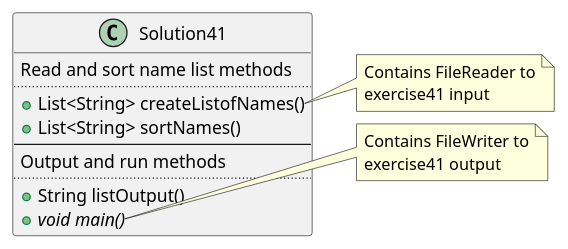
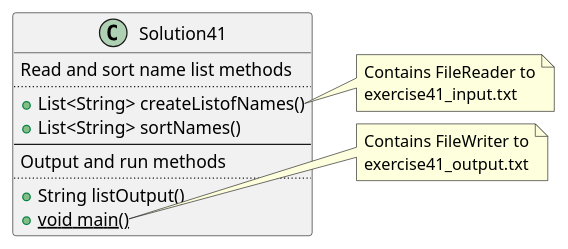
The diagram in exercise41/docs/classes.puml (lastingParadox/preston-a04), drawn with PlantUML before and after one commit. The commit also changed 3 other files, not shown here.

```diff
--- a/exercise41/docs/classes.puml
+++ b/exercise41/docs/classes.puml
@@ -1,22 +1,22 @@
 @startuml
 class Solution41 {
     Read and sort name list methods
     ..
     +List<String> createListofNames()
     +List<String> sortNames()
     --
     Output and run methods
     ..
     +String listOutput()
-    +{abstract} void main()
+    +{static} void main()
 }
 note right of Solution41::createListofNames()
     Contains FileReader to
-    exercise41 input
+    exercise41_input.txt
 end note
 note right of Solution41::main
     Contains FileWriter to
-    exercise41 output
+    exercise41_output.txt
 end note
 
 @enduml
```
